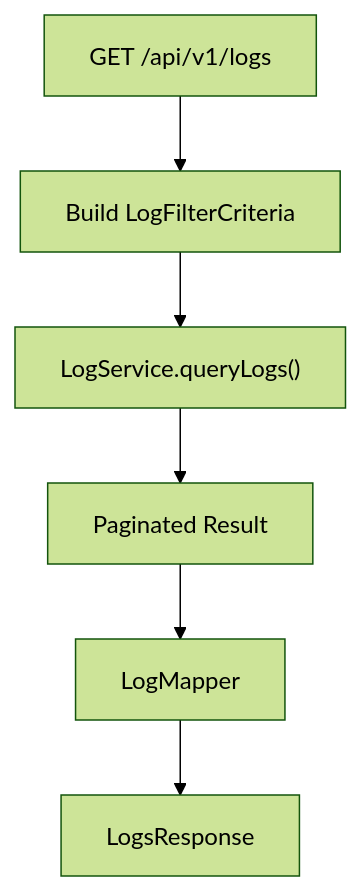
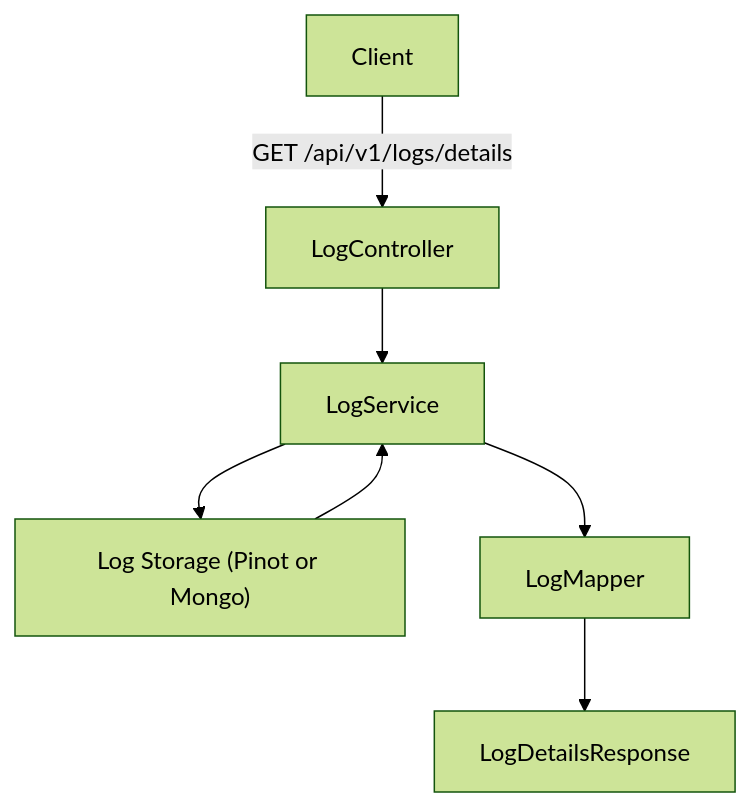
The fourth of 6 diagrams in docs/reference/architecture/external-api-service-core/external-api-service-core.md (flamingo-stack/openframe-oss-lib), drawn with Mermaid (forest theme) before and after one commit. The commit also changed other lines of this file and 172 other files, not shown here.

````diff
--- a/docs/reference/architecture/external-api-service-core/external-api-service-core.md
+++ b/docs/reference/architecture/external-api-service-core/external-api-service-core.md
@@ -168,8 +217,9 @@
 ```mermaid
 flowchart TD
-    LogReq["GET /api/v1/logs"] --> BuildLogFilter["Build LogFilterCriteria"]
-    BuildLogFilter --> LogServiceCall["LogService.queryLogs()"]
-    LogServiceCall --> PageResult["Paginated Result"]
-    PageResult --> LogMapper["LogMapper"]
-    LogMapper --> LogsResponse["LogsResponse"]
+    Client -->|"GET /api/v1/logs/details"| LogController
+    LogController --> LogService
+    LogService --> LogStorage["Log Storage (Pinot or Mongo)"]
+    LogStorage --> LogService
+    LogService --> LogMapper
+    LogMapper --> LogDetailsResponse
 ```
````
